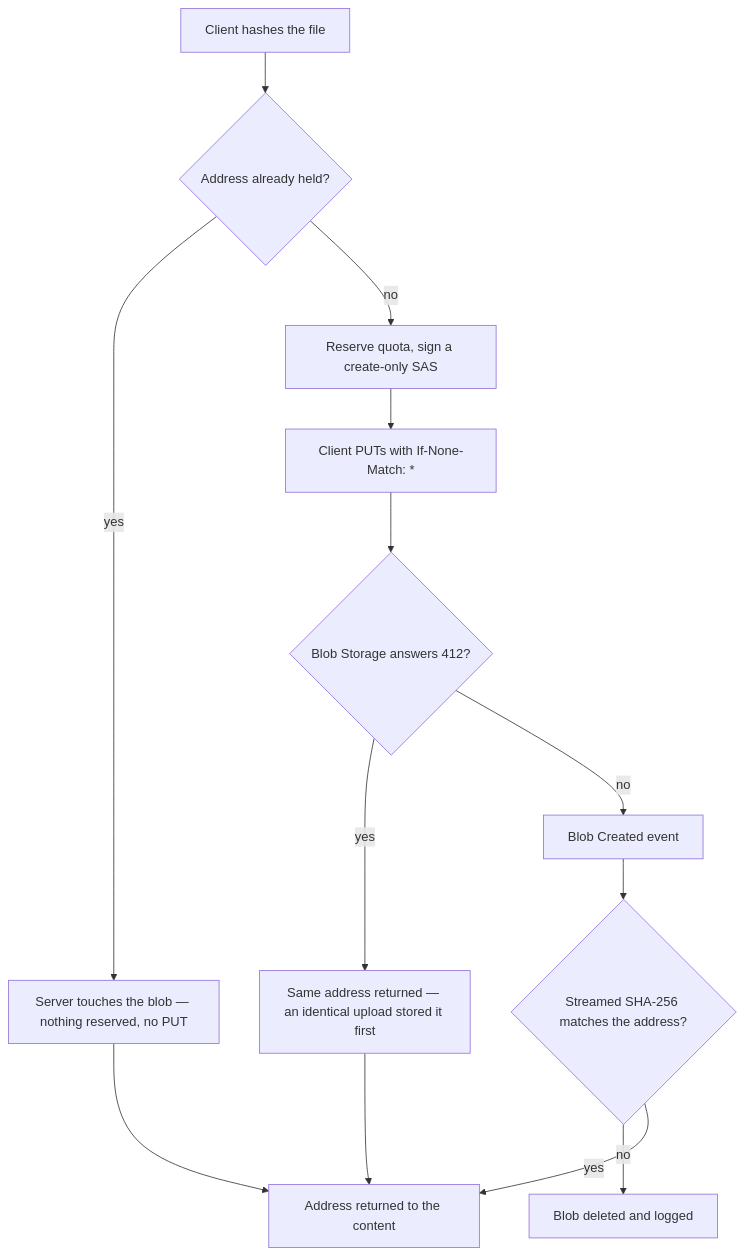
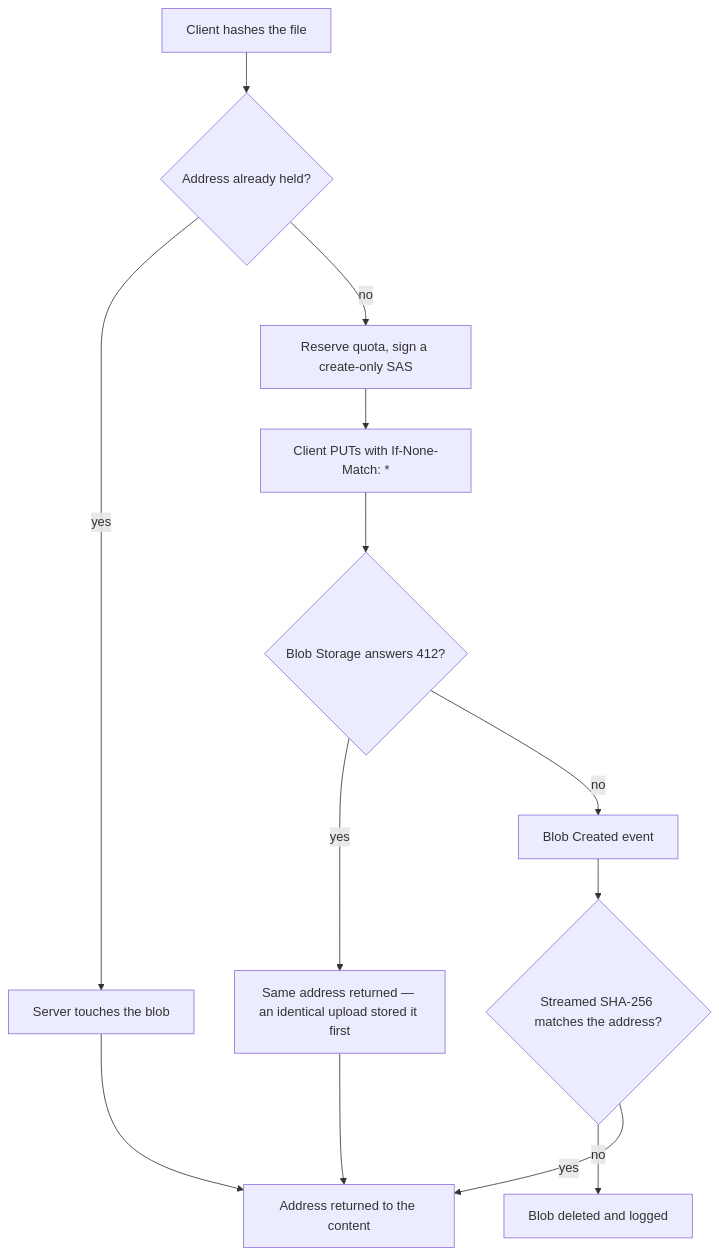
One commit to Esposter/Esposter changed the first of 3 diagrams in openspec/specs/resource/content-addressed-assets/design.md. Above: the diagram before and after it, drawn with Mermaid. The commit also changed other lines of this file and 11 other files, not shown here.

````diff
--- a/openspec/specs/resource/content-addressed-assets/design.md
+++ b/openspec/specs/resource/content-addressed-assets/design.md
@@ -11,15 +11,15 @@
 ```mermaid
 flowchart TD
   upload["Client hashes the file"] --> held{"Address already held?"}
-  held -->|yes| touch["Server touches the blob — nothing reserved, no PUT"]
+  held -->|yes| touch["Server touches the blob"]
   held -->|no| reserve["Reserve quota, sign a create-only SAS"]
   reserve --> put["Client PUTs with If-None-Match: *"]
   put --> raced{"Blob Storage answers 412?"}
   raced -->|yes| address["Same address returned — an identical upload stored it first"]
   raced -->|no| created["Blob Created event"]
   created --> hashed{"Streamed SHA-256 matches the address?"}
   hashed -->|no| remove["Blob deleted and logged"]
   hashed -->|yes| kept["Address returned to the content"]
   touch --> kept
   address --> kept
 ```
````
